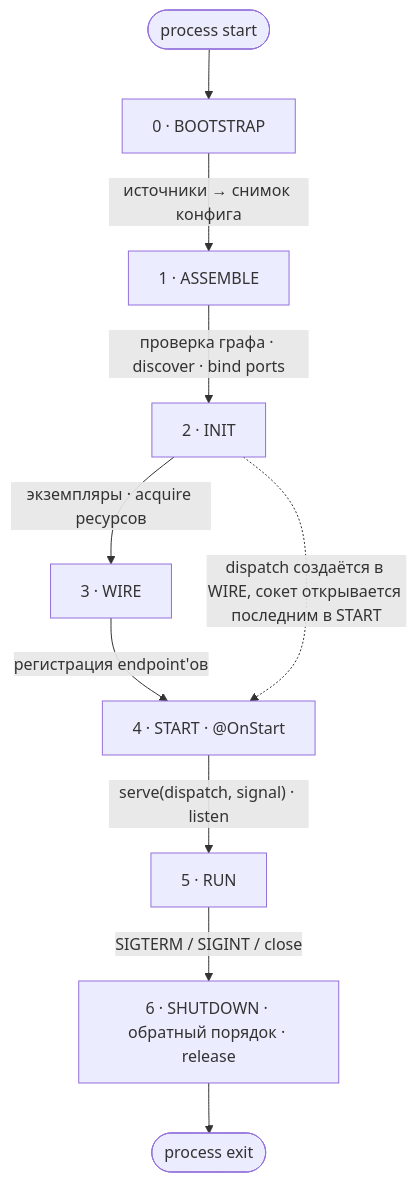
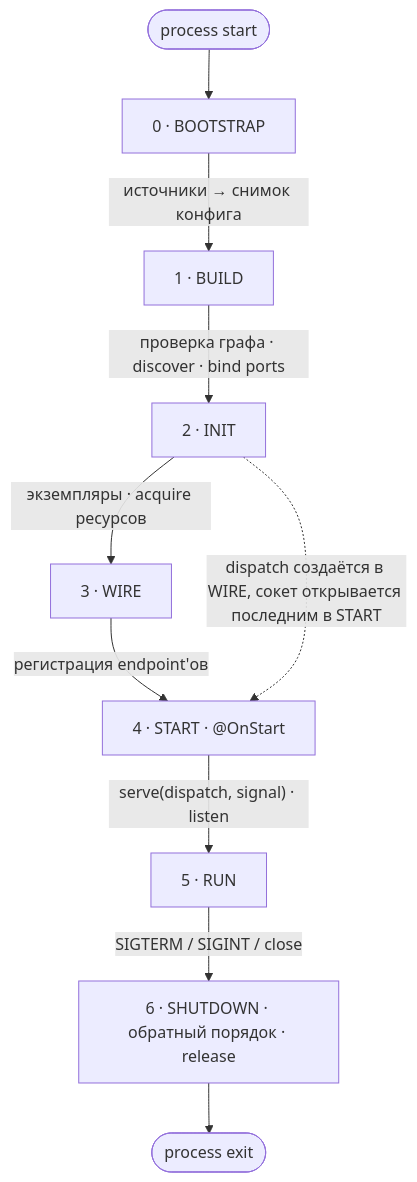
The diagram in docs/design/composition.md (eonae/nestling), drawn with Mermaid before and after one commit. The commit also changed other lines of this file and 108 other files, not shown here.

````diff
--- a/docs/design/composition.md
+++ b/docs/design/composition.md
@@ -26,13 +26,13 @@
 ```mermaid
 flowchart TD
     START([process start]) --> P0
     P0["0 · BOOTSTRAP"] -->|"источники → снимок конфига"| P1
-    P1["1 · ASSEMBLE"] -->|"проверка графа · discover · bind ports"| P2
+    P1["1 · BUILD"] -->|"проверка графа · discover · bind ports"| P2
     P2["2 · INIT"] -->|"экземпляры · acquire ресурсов"| P3
     P3["3 · WIRE"] -->|"регистрация endpoint'ов"| P4
     P4["4 · START · @OnStart"] -->|"serve(dispatch, signal) · listen"| P5
     P5["5 · RUN"] -->|"SIGTERM / SIGINT / close"| P6
     P6["6 · SHUTDOWN · обратный порядок · release"] --> EXIT([process exit])
 
     P2 -. "dispatch создаётся в WIRE, сокет открывается последним в START" .-> P4
 ```
````
